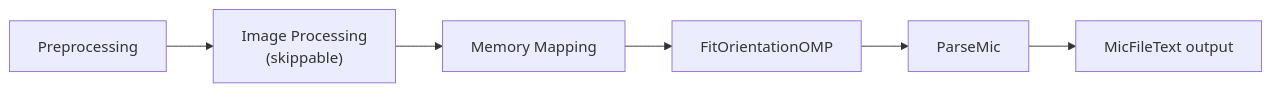
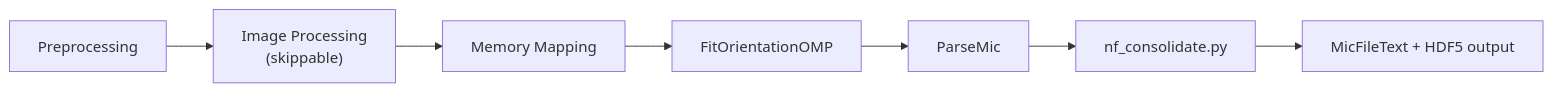
The first of 3 diagrams in manuals/NF_Analysis.md (marinerhemant/MIDAS), drawn with Mermaid before and after one commit. The commit also changed other lines of this file and 4 other files, not shown here.

````diff
--- a/manuals/NF_Analysis.md
+++ b/manuals/NF_Analysis.md
@@ -50,8 +51,9 @@
 ```mermaid
 graph LR
     A[Preprocessing] --> B["Image Processing<br/>(skippable)"]
     B --> C[Memory Mapping]
     C --> D[FitOrientationOMP]
     D --> E[ParseMic]
-    E --> F["MicFileText output"]
+    E --> F["nf_consolidate.py"]
+    F --> G["MicFileText + HDF5 output"]
 ```
````
